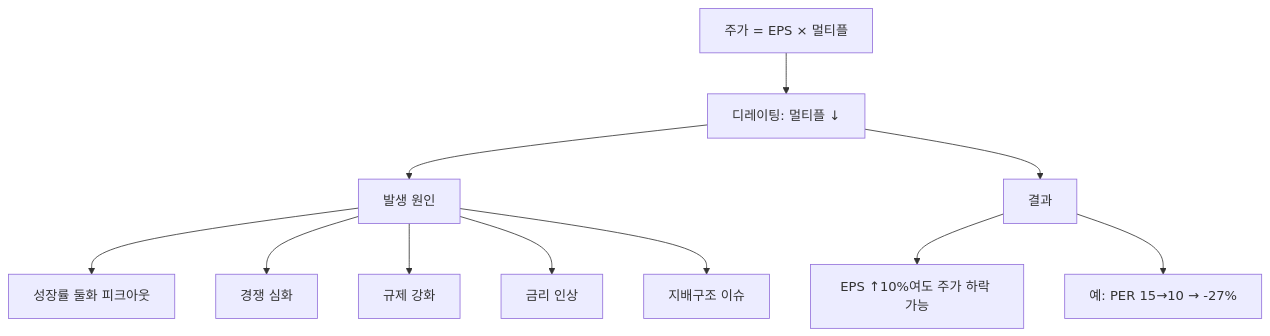
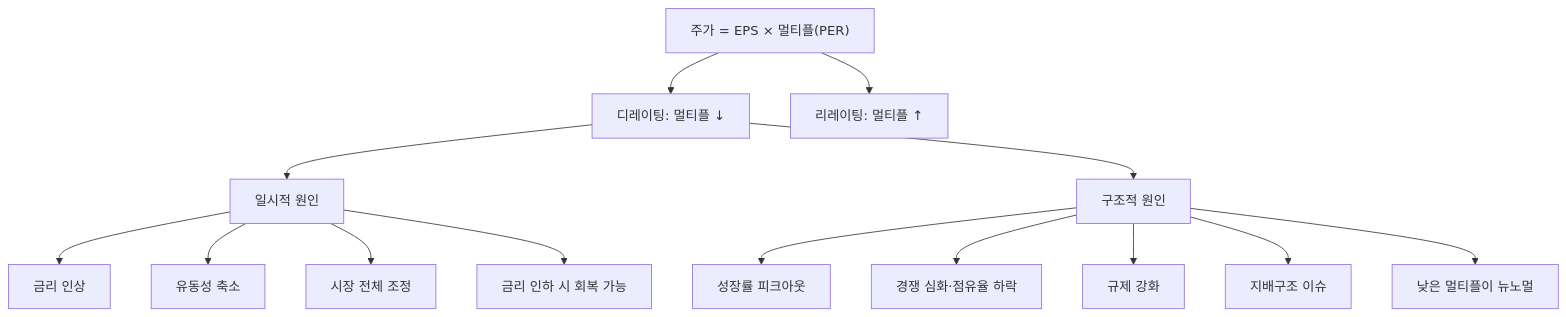
The diagram in content/stock-terms/ko/level-05-valuation/derating.md (yeongseon/stock-visual-note), drawn with Mermaid before and after one commit. The commit also changed other lines of this file, not shown here.

Commit message:
content: rewrite derating.md — 성장 둔화 시나리오, 디레이팅 3단계 분석법, 12노드 Mermaid, 4개 오해 추가

````diff
--- a/content/stock-terms/ko/level-05-valuation/derating.md
+++ b/content/stock-terms/ko/level-05-valuation/derating.md
@@ -39,14 +47,21 @@
 ```mermaid
 graph TD
-    A["주가 = EPS × 멀티플"]
+    A["주가 = EPS × 멀티플(PER)"]
     A --> B["디레이팅: 멀티플 ↓"]
-    B --> C["발생 원인"]
-    B --> D["결과"]
-    C --> C1["성장률 둘화 피크아웃"]
-    C --> C2["경쟁 심화"]
-    C --> C3["규제 강화"]
-    C --> C4["금리 인상"]
-    C --> C5["지배구조 이슈"]
-    D --> D1["EPS ↑10%여도 주가 하락 가능"]
-    D --> D2["예: PER 15→10 → -27%"]
+    A --> C["리레이팅: 멀티플 ↑"]
+
+    B --> D["일시적 원인"]
+    B --> E["구조적 원인"]
+
+    D --> D1["금리 인상"]
+    D --> D2["유동성 축소"]
+    D --> D3["시장 전체 조정"]
+
+    E --> E1["성장률 피크아웃"]
+    E --> E2["경쟁 심화·점유율 하락"]
+    E --> E3["규제 강화"]
+    E --> E4["지배구조 이슈"]
+
+    D --> F["금리 인하 시 회복 가능"]
+    E --> G["낮은 멀티플이 뉴노멀"]
 ```
````
